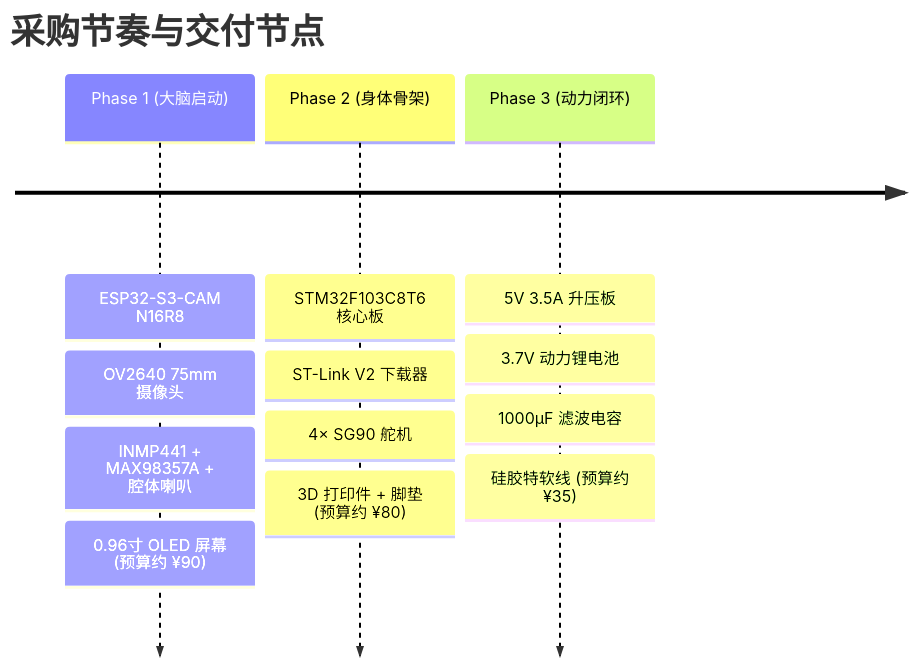
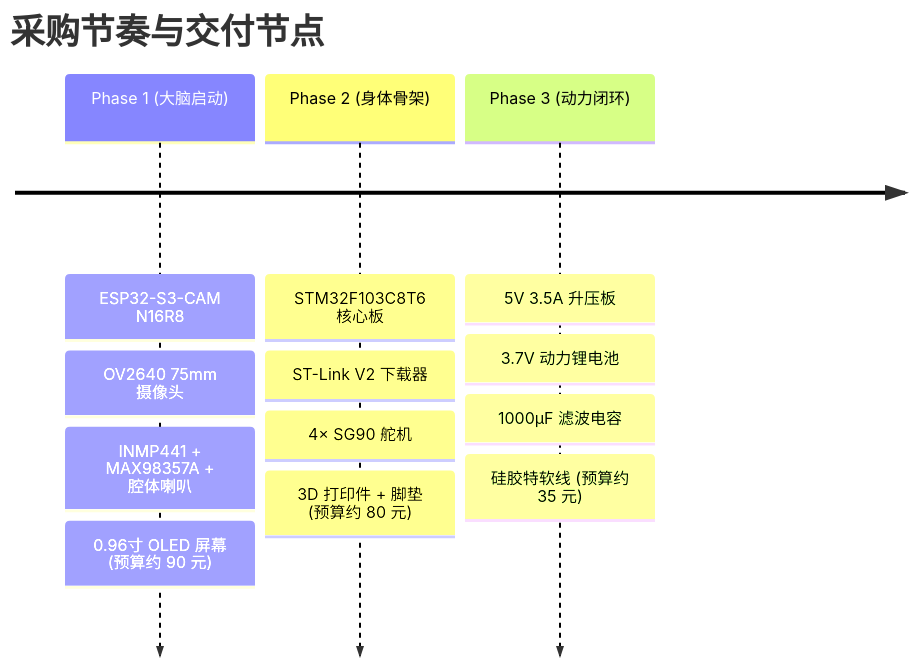
Before and after one commit to lllaaa999/-: the diagram in docs/hardware/BOM.md, drawn with Mermaid. The commit also changed other lines of this file and 2 other files, not shown here.

````diff
--- a/docs/hardware/BOM.md
+++ b/docs/hardware/BOM.md
@@ -62,7 +62,7 @@
 ```mermaid
 timeline
     title 采购节奏与交付节点
-    Phase 1 (大脑启动) : ESP32-S3-CAM N16R8 : OV2640 75mm 摄像头 : INMP441 + MAX98357A + 腔体喇叭 : 0.96寸 OLED 屏幕 (预算约 ¥90)
-    Phase 2 (身体骨架) : STM32F103C8T6 核心板 : ST-Link V2 下载器 : 4× SG90 舵机 : 3D 打印件 + 脚垫 (预算约 ¥80)
-    Phase 3 (动力闭环) : 5V 3.5A 升压板 : 3.7V 动力锂电池 : 1000µF 滤波电容 : 硅胶特软线 (预算约 ¥35)
+    Phase 1 (大脑启动) : ESP32-S3-CAM N16R8 : OV2640 75mm 摄像头 : INMP441 + MAX98357A + 腔体喇叭 : 0.96寸 OLED 屏幕 (预算约 90 元)
+    Phase 2 (身体骨架) : STM32F103C8T6 核心板 : ST-Link V2 下载器 : 4× SG90 舵机 : 3D 打印件 + 脚垫 (预算约 80 元)
+    Phase 3 (动力闭环) : 5V 3.5A 升压板 : 3.7V 动力锂电池 : 1000µF 滤波电容 : 硅胶特软线 (预算约 35 元)
 ```
````
